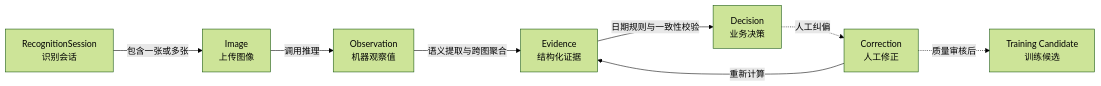
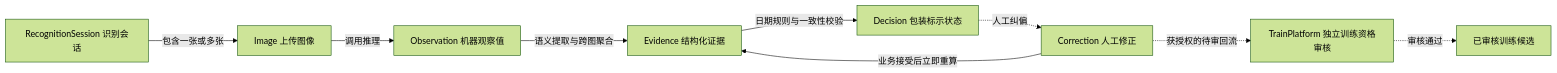
Before and after one commit to QingMouFoodDate/ProjectPRD: the third of 6 diagrams in ARCHITECTURE.md, drawn with Mermaid (forest theme). The commit also changed other lines of this file and 17 other files, not shown here.

````diff
--- a/ARCHITECTURE.md
+++ b/ARCHITECTURE.md
@@ -105,18 +122,20 @@
 ```mermaid
 flowchart LR
-    SESSION["RecognitionSession<br/>识别会话"]
-    IMAGE["Image<br/>上传图像"]
-    OBS["Observation<br/>机器观察值"]
-    EVIDENCE["Evidence<br/>结构化证据"]
-    DECISION["Decision<br/>业务决策"]
-    CORRECTION["Correction<br/>人工修正"]
-    CANDIDATE["Training Candidate<br/>训练候选"]
+    SESSION["RecognitionSession 识别会话"]
+    IMAGE["Image 上传图像"]
+    OBS["Observation 机器观察值"]
+    EVIDENCE["Evidence 结构化证据"]
+    DECISION["Decision 包装标示状态"]
+    CORRECTION["Correction 人工修正"]
+    REVIEW["TrainPlatform 独立训练资格审核"]
+    CANDIDATE["已审核训练候选"]
 
     SESSION -->|"包含一张或多张"| IMAGE
     IMAGE -->|"调用推理"| OBS
     OBS -->|"语义提取与跨图聚合"| EVIDENCE
     EVIDENCE -->|"日期规则与一致性校验"| DECISION
     DECISION -.人工纠偏.-> CORRECTION
-    CORRECTION -->|"重新计算"| EVIDENCE
-    CORRECTION -.质量审核后.-> CANDIDATE
+    CORRECTION -->|"业务接受后立即重算"| EVIDENCE
+    CORRECTION -.获授权的待审回流.-> REVIEW
+    REVIEW -.审核通过.-> CANDIDATE
 ```
````
